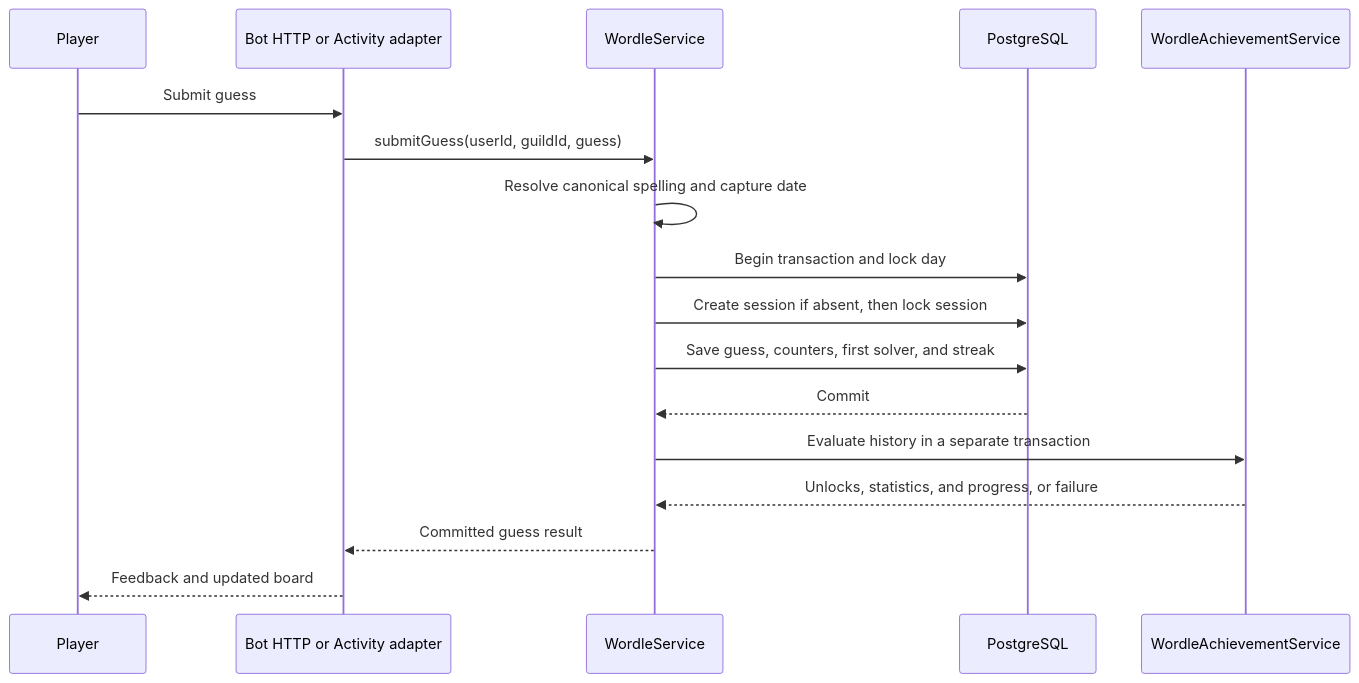
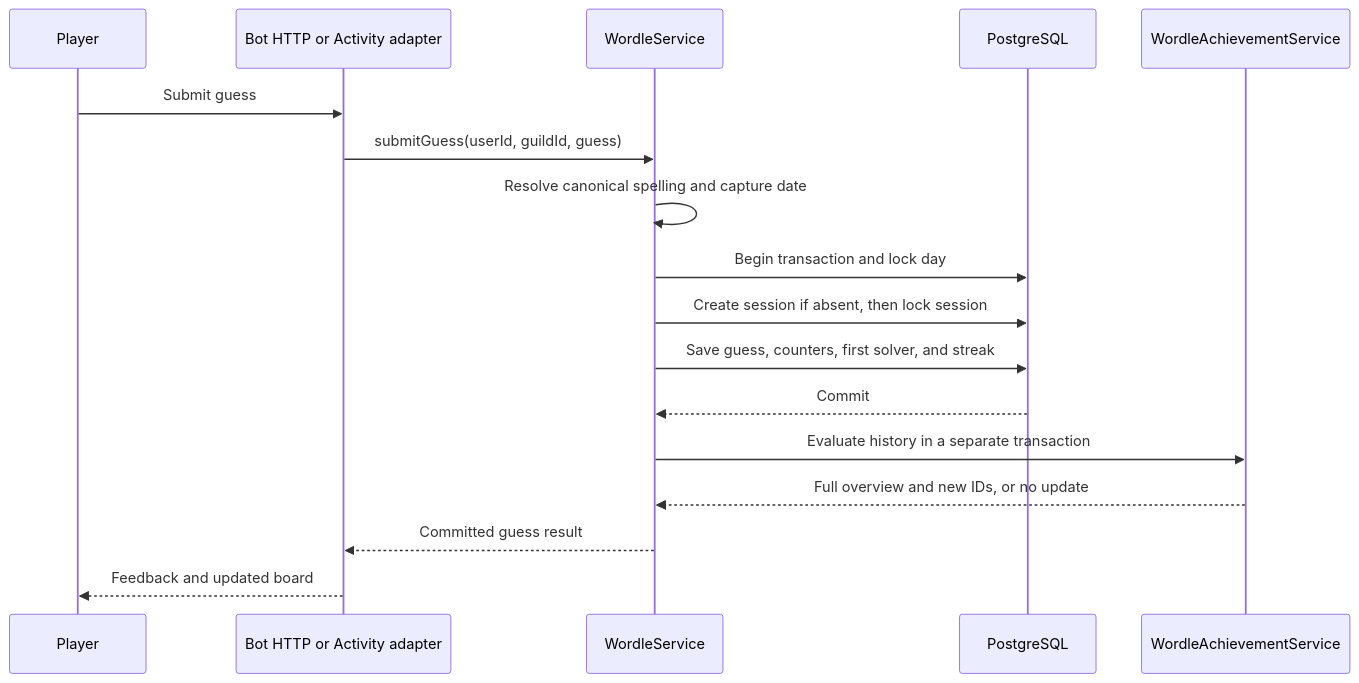
One commit to Devaneios/MarquinhosBOT changed the diagram in docs/wordle.md. Above: the diagram before and after it, drawn with Mermaid. The commit also changed other lines of this file and 99 other files, not shown here.

````diff
--- a/docs/wordle.md
+++ b/docs/wordle.md
@@ -81,19 +81,19 @@
 ```mermaid
 sequenceDiagram
 	participant Player
 	participant Entry as Bot HTTP or Activity adapter
 	participant Service as WordleService
 	participant DB as PostgreSQL
 	participant Awards as WordleAchievementService
 	Player->>Entry: Submit guess
 	Entry->>Service: submitGuess(userId, guildId, guess)
 	Service->>Service: Resolve canonical spelling and capture date
 	Service->>DB: Begin transaction and lock day
 	Service->>DB: Create session if absent, then lock session
 	Service->>DB: Save guess, counters, first solver, and streak
 	DB-->>Service: Commit
 	Service->>Awards: Evaluate history in a separate transaction
-	Awards-->>Service: Unlocks, statistics, and progress, or failure
+	Awards-->>Service: Full overview and new IDs, or no update
 	Service-->>Entry: Committed guess result
 	Entry-->>Player: Feedback and updated board
 ```
````
